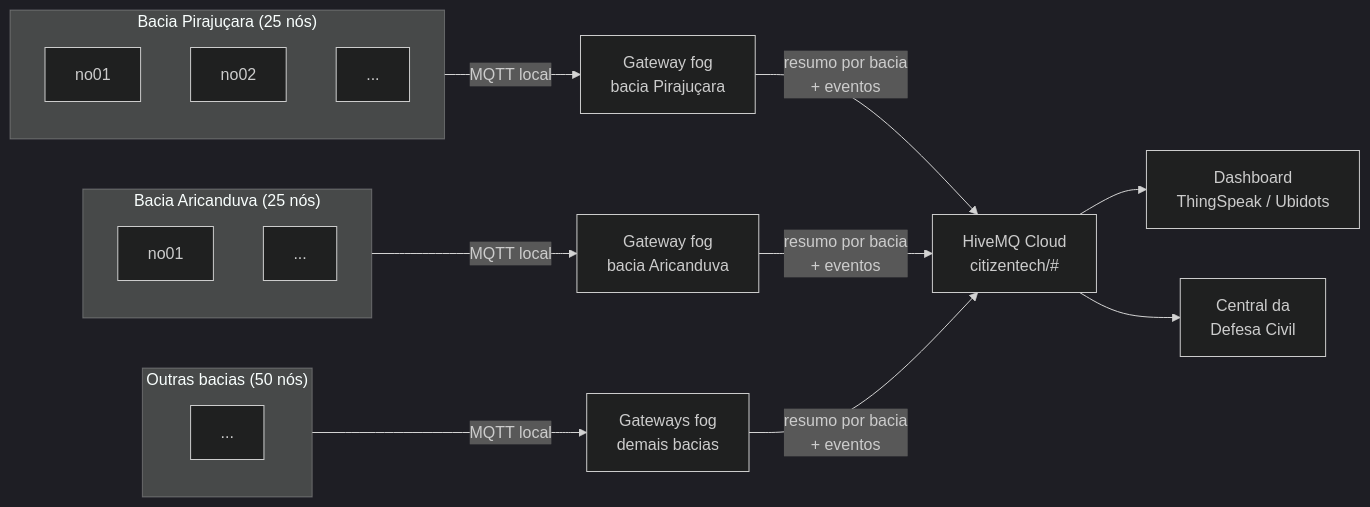
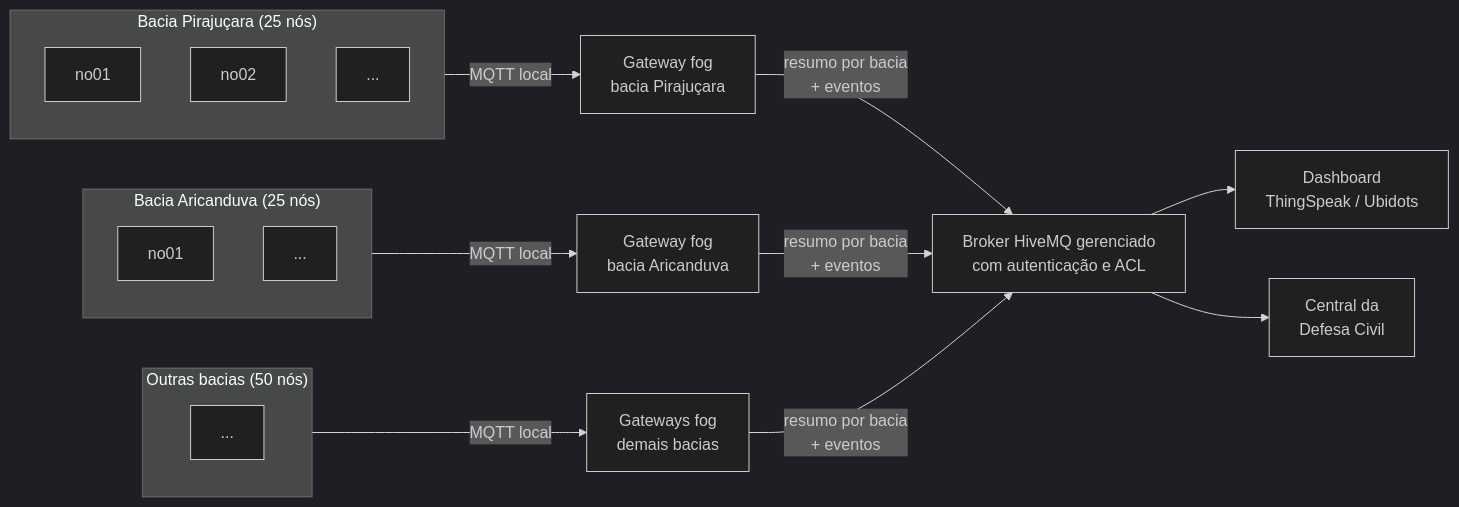
One commit to mykofonseca/sentinela-pirajucara changed the diagram in docs/diagramas/escala.mmd. Above: the diagram before and after it, drawn with Mermaid (dark theme). The commit also changed 10 other files, not shown here.

Commit message:
Troca HiveMQ Cloud pelo broker público com token nos comandos

```diff
--- a/docs/diagramas/escala.mmd
+++ b/docs/diagramas/escala.mmd
@@ -1,16 +1,16 @@
 flowchart LR
   subgraph B1["Bacia Pirajuçara (25 nós)"]
     N1["no01"] & N2["no02"] & N3["..."]
   end
   subgraph B2["Bacia Aricanduva (25 nós)"]
     M1["no01"] & M2["..."]
   end
   subgraph B3["Outras bacias (50 nós)"]
     K1["..."]
   end
   B1 -- "MQTT local" --> G1["Gateway fog<br/>bacia Pirajuçara"]
   B2 -- "MQTT local" --> G2["Gateway fog<br/>bacia Aricanduva"]
   B3 -- "MQTT local" --> G3["Gateways fog<br/>demais bacias"]
-  G1 & G2 & G3 -- "resumo por bacia<br/>+ eventos" --> H["HiveMQ Cloud<br/>citizentech/#"]
+  G1 & G2 & G3 -- "resumo por bacia<br/>+ eventos" --> H["Broker HiveMQ gerenciado<br/>com autenticação e ACL"]
   H --> T["Dashboard<br/>ThingSpeak / Ubidots"]
   H --> DC["Central da<br/>Defesa Civil"]
```
